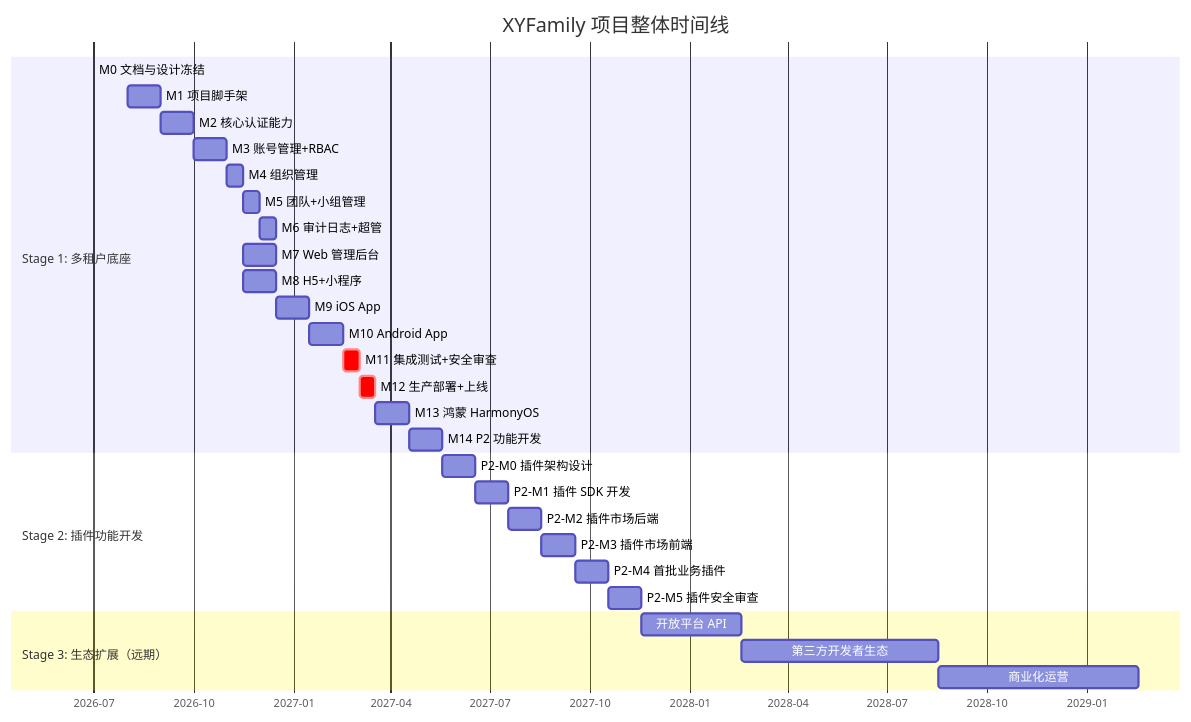
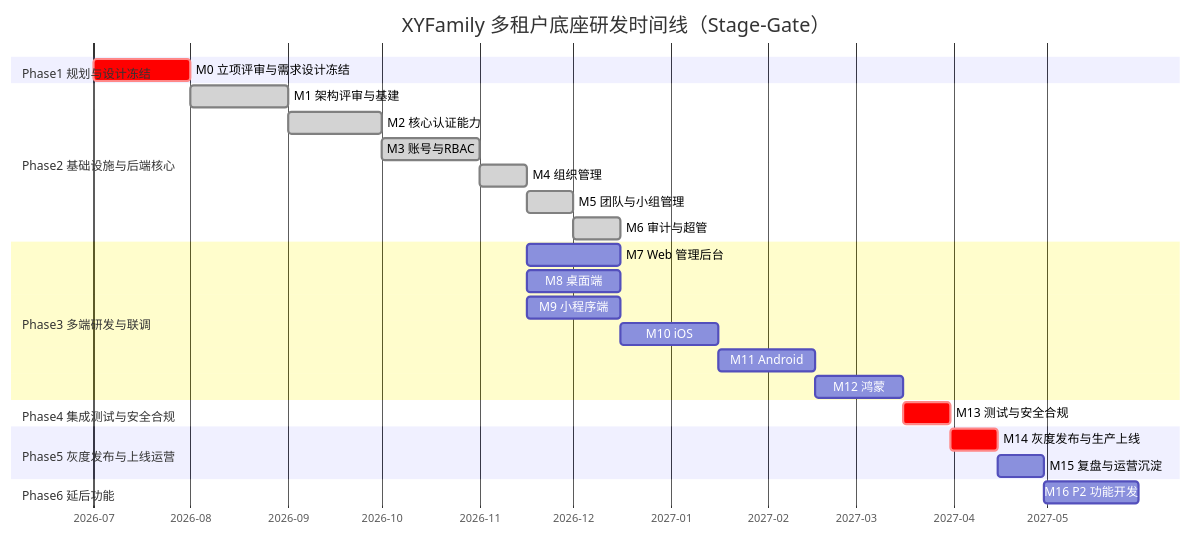
The second of 2 diagrams in wiki/01-项目总览/03-里程碑/里程碑.md (huangsf89757/XYFamily), drawn with Mermaid before and after one commit. The commit also changed other lines of this file and 46 other files, not shown here.

````diff
--- a/wiki/01-项目总览/03-里程碑/里程碑.md
+++ b/wiki/01-项目总览/03-里程碑/里程碑.md
@@ -211,36 +136,29 @@
 ```mermaid
 gantt
-    title XYFamily 项目整体时间线
+    title XYFamily 多租户底座研发时间线（Stage-Gate）
     dateFormat  YYYY-MM
     axisFormat  %Y-%m
-
-    section Stage 1: 多租户底座
-    M0 文档与设计冻结          :crit, p1-m0, 2026-07, 2026-07
-    M1 项目脚手架              :p1-m1, 2026-08, 1M
-    M2 核心认证能力            :p1-m2, after p1-m1, 1M
-    M3 账号管理+RBAC           :p1-m3, after p1-m2, 1M
-    M4 组织管理                :p1-m4, after p1-m3, 15d
-    M5 团队+小组管理           :p1-m5, after p1-m4, 15d
-    M6 审计日志+超管           :p1-m6, after p1-m5, 15d
-    M7 Web 管理后台            :p1-m7, after p1-m4, 1M
-    M8 H5+小程序               :p1-m8, after p1-m4, 1M
-    M9 iOS App                 :p1-m9, after p1-m8, 1M
-    M10 Android App            :p1-m10, after p1-m9, 1M
-    M11 集成测试+安全审查       :crit, p1-m11, after p1-m10, 15d
-    M12 生产部署+上线          :crit, p1-m12, after p1-m11, 15d
-    M13 鸿蒙 HarmonyOS        :p1-m13, after p1-m12, 1M
-    M14 P2 功能开发            :p1-m14, after p1-m13, 1M
-
-    section Stage 2: 插件功能开发
-    P2-M0 插件架构设计          :p2-m0, after p1-m14, 1M
-    P2-M1 插件 SDK 开发         :p2-m1, after p2-m0, 1M
-    P2-M2 插件市场后端          :p2-m2, after p2-m1, 1M
-    P2-M3 插件市场前端          :p2-m3, after p2-m2, 1M
-    P2-M4 首批业务插件          :p2-m4, after p2-m3, 1M
-    P2-M5 插件安全审查          :p2-m5, after p2-m4, 1M
-
-    section Stage 3: 生态扩展（远期）
-    开放平台 API               :p3-1, after p2-m5, 3M
-    第三方开发者生态            :p3-2, after p3-1, 6M
-    商业化运营                  :p3-3, after p3-2, 6M
+    section Phase1 规划与设计冻结
+    M0 立项评审与需求设计冻结        :crit, m0, 2026-07, 1M
+    section Phase2 基础设施与后端核心
+    M1 架构评审与基建              :done, m1, after m0, 1M
+    M2 核心认证能力               :done, m2, after m1, 1M
+    M3 账号与RBAC                :done, m3, after m2, 1M
+    M4 组织管理                  :done, m4, after m3, 15d
+    M5 团队与小组管理             :done, m5, after m4, 15d
+    M6 审计与超管                :done, m6, after m5, 15d
+    section Phase3 多端研发与联调
+    M7 Web 管理后台              :m7, after m4, 1M
+    M8 桌面端                   :m8, after m4, 1M
+    M9 小程序端                 :m9, after m4, 1M
+    M10 iOS                    :m10, after m9, 1M
+    M11 Android                :m11, after m10, 1M
+    M12 鸿蒙                   :m12, after m11, 1M
+    section Phase4 集成测试与安全合规
+    M13 测试与安全合规            :crit, m13, after m12, 15d
+    section Phase5 灰度发布与上线运营
+    M14 灰度发布与生产上线         :crit, m14, after m13, 15d
+    M15 复盘与运营沉淀            :m15, after m14, 15d
+    section Phase6 延后功能
+    M16 P2 功能开发             :m16, after m15, 1M
 ```
````
